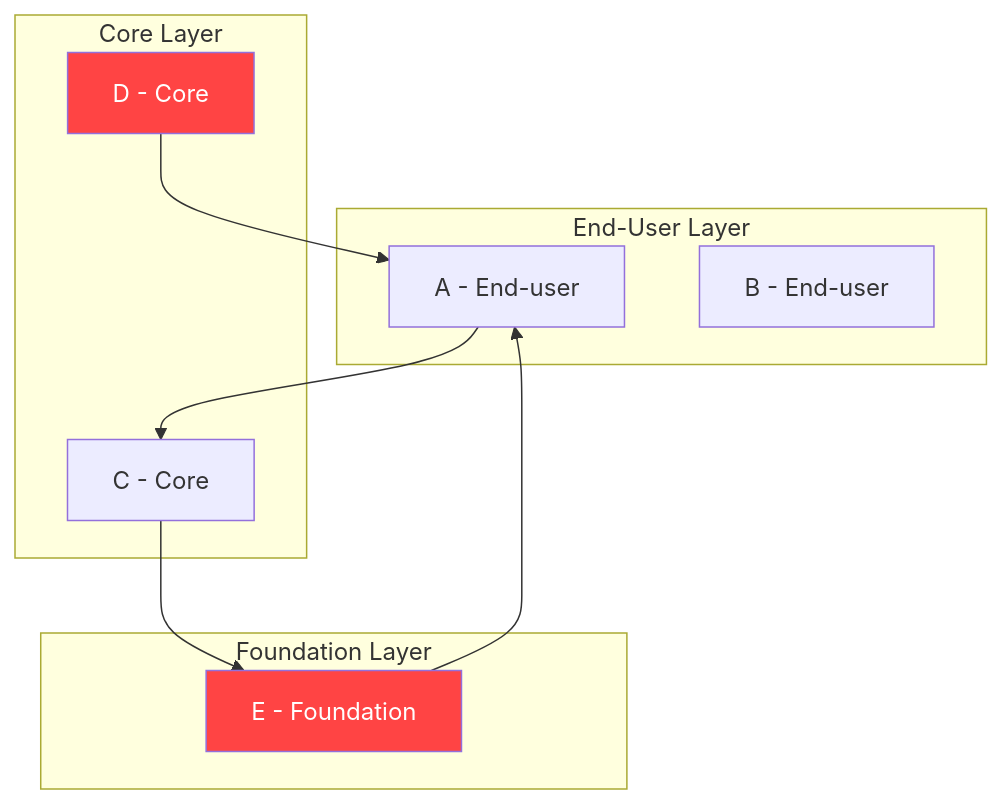
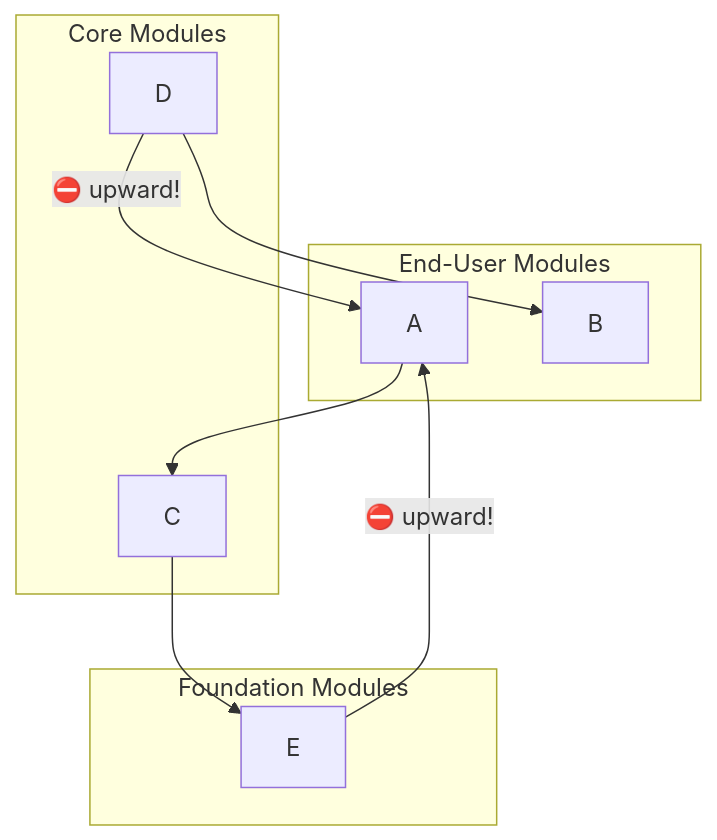
Before and after one commit to kckworld/outsystems_study: the second of 4 diagrams in Architecture Specialist (O11)/03_Chapter4_Validating_Architecture.md, drawn with Mermaid. The commit also changed other lines of this file and 5 other files, not shown here.

````diff
--- a/Architecture Specialist (O11)/03_Chapter4_Validating_Architecture.md
+++ b/Architecture Specialist (O11)/03_Chapter4_Validating_Architecture.md
@@ -38,22 +54,20 @@
 ```mermaid
 graph TD
-  subgraph End-User Layer
-    A[A - End-user]
-    Bmod[B - End-user]
+  subgraph EU_L["End-User Modules"]
+    A["A"]
+    B["B"]
   end
-  subgraph Core Layer
-    C[C - Core]
-    D[D - Core]
+  subgraph Core_L["Core Modules"]
+    C["C"]
+    D["D"]
   end
-  subgraph Foundation Layer
-    E[E - Foundation]
+  subgraph Found_L["Foundation Modules"]
+    E["E"]
   end
 
   A --> C
   C --> E
-  D --> A
-  E --> A
-
-  style D fill:#ff4444,color:#fff
-  style E fill:#ff4444,color:#fff
+  D --> B
+  E -->|"⛔ upward!"| A
+  D -->|"⛔ upward!"| A
 ```
````
